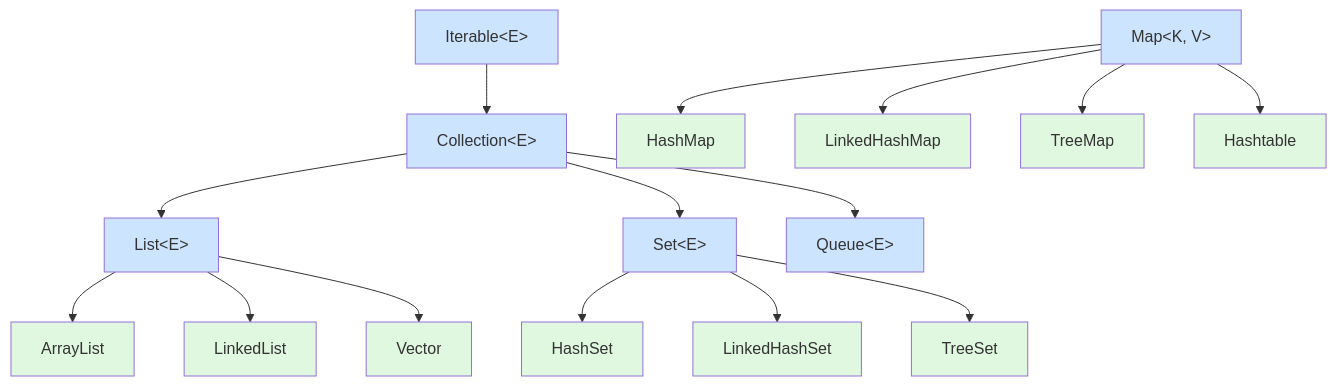
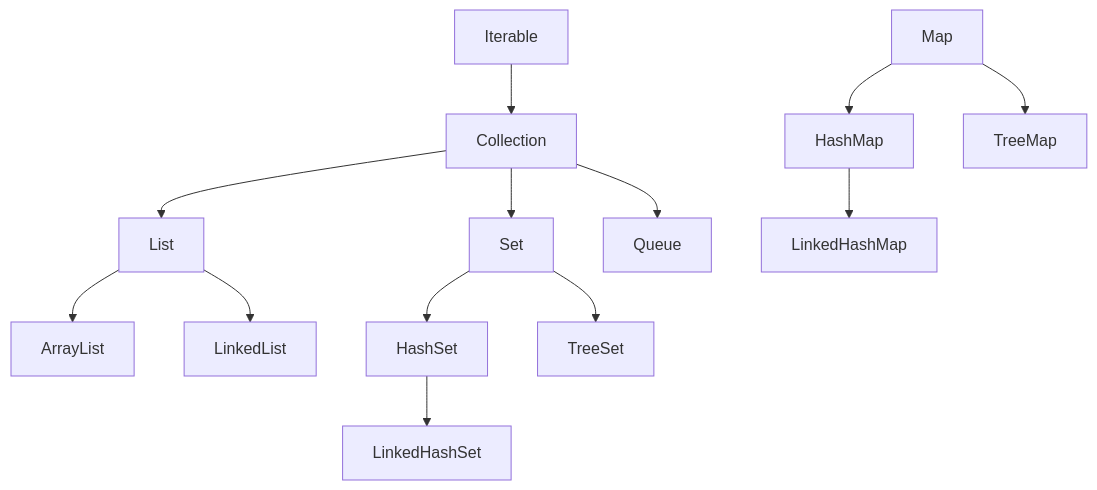
One commit to zz12121/KnowledgeDevelope changed the diagram in 10_DevelopLanguage/001_Java/02_JavaCollectionSubject/01、集合框架基础.md. Above: the diagram before and after it, drawn with Mermaid. The commit also changed other lines of this file and 132 other files, not shown here.

````diff
--- a/10_DevelopLanguage/001_Java/02_JavaCollectionSubject/01、集合框架基础.md
+++ b/10_DevelopLanguage/001_Java/02_JavaCollectionSubject/01、集合框架基础.md
@@ -28,37 +43,15 @@
 ```mermaid
 graph TD
-    I[Iterable&lt;E&gt;] --> C[Collection&lt;E&gt;]
-    C --> L[List&lt;E&gt;]
-    C --> S[Set&lt;E&gt;]
-    C --> Q[Queue&lt;E&gt;]
-    
+    I[Iterable] --> C[Collection]
+    C --> L[List]
+    C --> S[Set]
+    C --> Q[Queue]
     L --> AL[ArrayList]
     L --> LL[LinkedList]
-    L --> V[Vector]
-    
     S --> HS[HashSet]
-    S --> LHS[LinkedHashSet]
     S --> TS[TreeSet]
-    
-    M[Map&lt;K, V&gt;] --> HM[HashMap]
-    M --> LHM[LinkedHashMap]
+    HS --> LHS[LinkedHashSet]
+    M[Map] --> HM[HashMap]
     M --> TM[TreeMap]
-    M --> HT[Hashtable]
-
-    style I fill:#cde4ff
-    style C fill:#cde4ff
-    style L fill:#cde4ff
-    style S fill:#cde4ff
-    style Q fill:#cde4ff
-    style M fill:#cde4ff
-    style AL fill:#e0f7e0
-    style LL fill:#e0f7e0
-    style V fill:#e0f7e0
-    style HS fill:#e0f7e0
-    style LHS fill:#e0f7e0
-    style TS fill:#e0f7e0
-    style HM fill:#e0f7e0
-    style LHM fill:#e0f7e0
-    style TM fill:#e0f7e0
-    style HT fill:#e0f7e0
+    HM --> LHM[LinkedHashMap]
 ```
````
